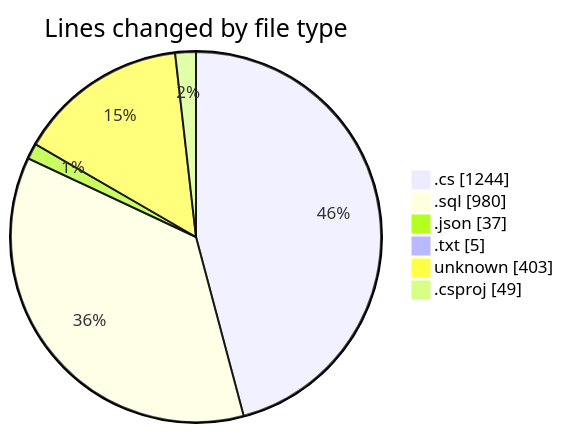
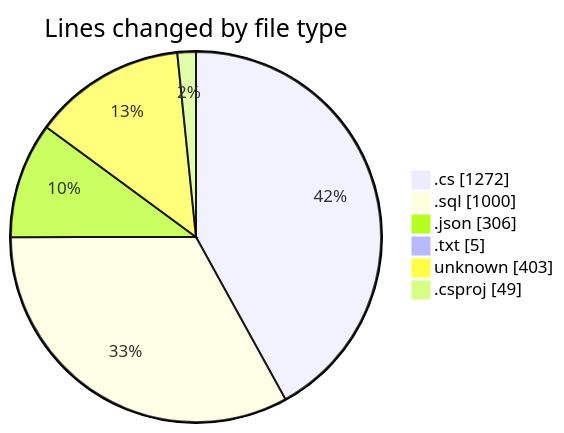
The first of 2 diagrams in 2025-04-04/back-end/README.md (Netris89/code-tracking), drawn with Mermaid before and after one commit. The commit also changed other lines of this file and 1 other file, not shown here.

````diff
--- a/2025-04-04/back-end/README.md
+++ b/2025-04-04/back-end/README.md
@@ -31,10 +32,10 @@
 ```mermaid
 pie showData
 title Lines changed by file type
-".cs" : 1244
-".sql" : 980
-".json" : 37
+".cs" : 1272
+".sql" : 1000
+".json" : 306
 ".txt" : 5
 "unknown" : 403
 ".csproj" : 49
 ```
````
